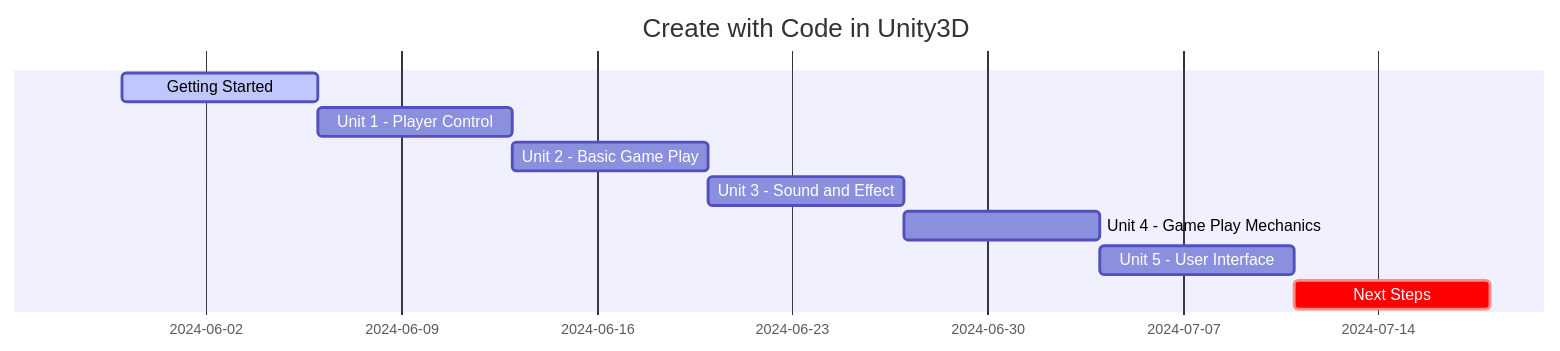
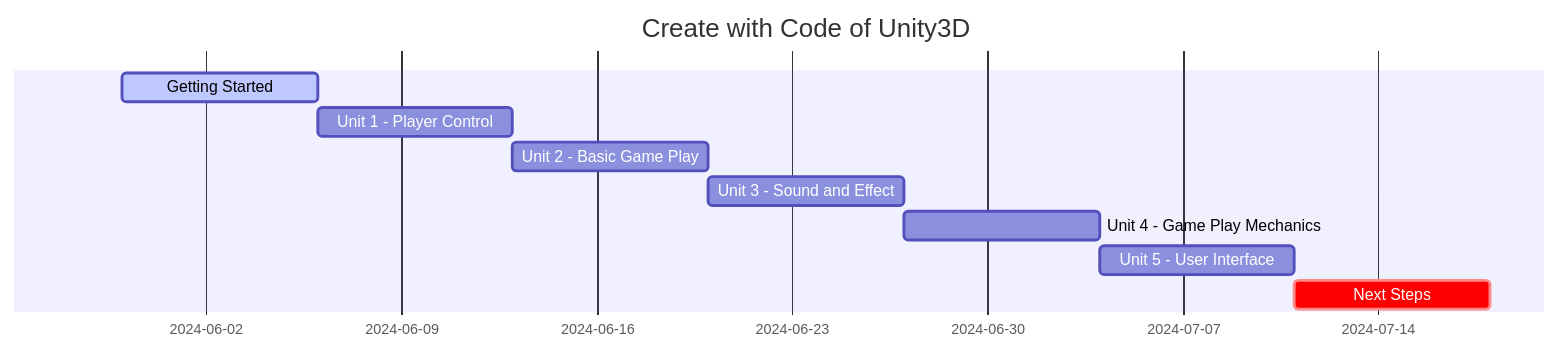
Before and after one commit to akillness/akillness.github.io: the diagram in _posts/2024-05-29-learn-to-develop-game.md, drawn with Mermaid.

````diff
--- a/_posts/2024-05-29-learn-to-develop-game.md
+++ b/_posts/2024-05-29-learn-to-develop-game.md
@@ -19,11 +19,11 @@
 ```mermaid
  gantt
-  title Create with Code in Unity3D
+  title Create with Code of Unity3D
   Getting Started :active, a, 2024-05-30, 1w
   Unit 1 - Player Control :b, after a, 1w
   Unit 2 - Basic Game Play :c, after b, 1w
   Unit 3 - Sound and Effect : d, after c, 1w
   Unit 4 - Game Play Mechanics : e, after d, 1w
   Unit 5 - User Interface : f, after e, 1w
   Next Steps : crit, g, after f, 1w
 ```
````
